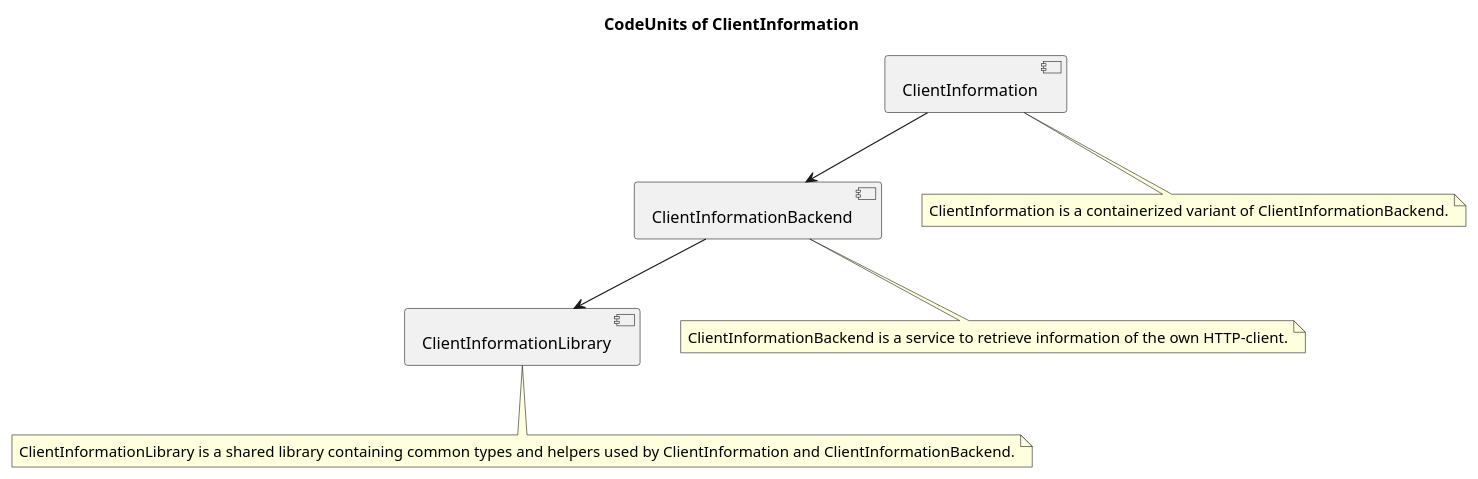
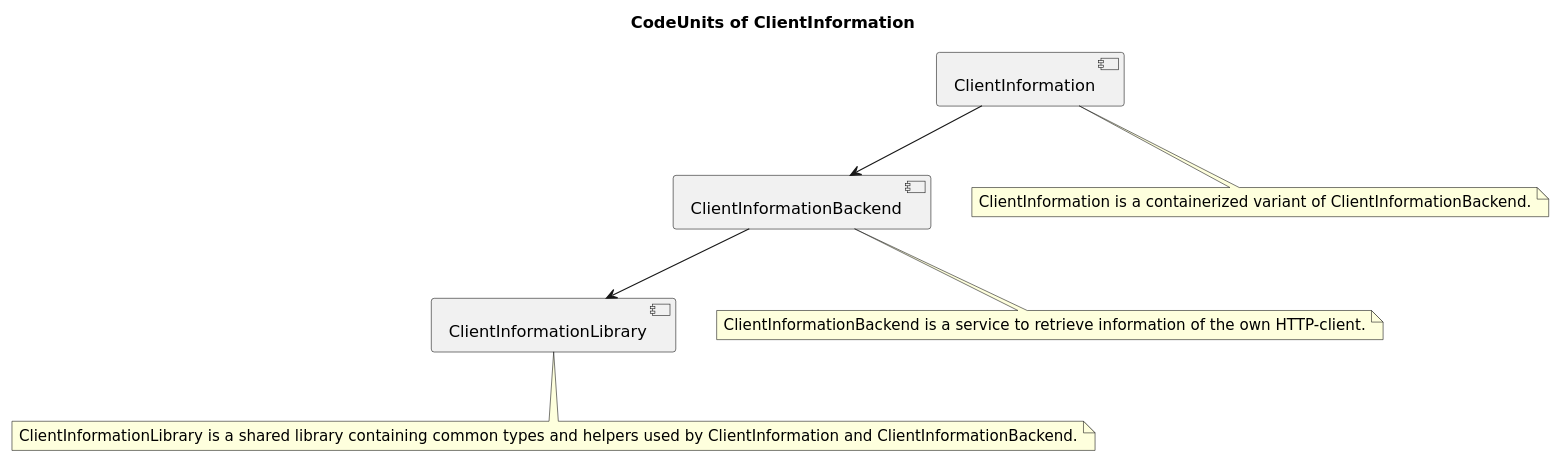
Before and after one commit to anionDev/ClientInformation: the diagram in Other/Reference/Technical/Diagrams/CodeUnits-Overview.plantuml, drawn with PlantUML. The commit also changed 31 other files, not shown here.

```diff
--- a/Other/Reference/Technical/Diagrams/CodeUnits-Overview.plantuml
+++ b/Other/Reference/Technical/Diagrams/CodeUnits-Overview.plantuml
@@ -1,25 +1,26 @@
 @startuml CodeUnits-Overview
+skinparam defaultFontName "DejaVu Sans"
 title CodeUnits of ClientInformation
 
 [ClientInformationLibrary]
 note as ClientInformationLibraryNote
   ClientInformationLibrary is a shared library containing common types and helpers used by ClientInformation and ClientInformationBackend.
 end note
 ClientInformationLibrary .. ClientInformationLibraryNote
 
 [ClientInformationBackend]
 note as ClientInformationBackendNote
   ClientInformationBackend is a service to retrieve information of the own HTTP-client.
 end note
 ClientInformationBackend .. ClientInformationBackendNote
 
 [ClientInformation]
 note as ClientInformationNote
   ClientInformation is a containerized variant of ClientInformationBackend.
 end note
 ClientInformation .. ClientInformationNote
 
 ClientInformationBackend --> ClientInformationLibrary
 ClientInformation --> ClientInformationBackend
 
 @enduml
```
